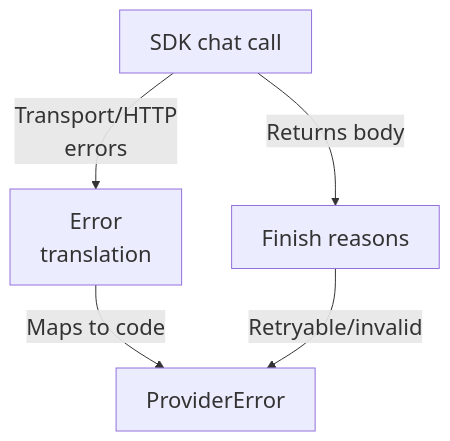
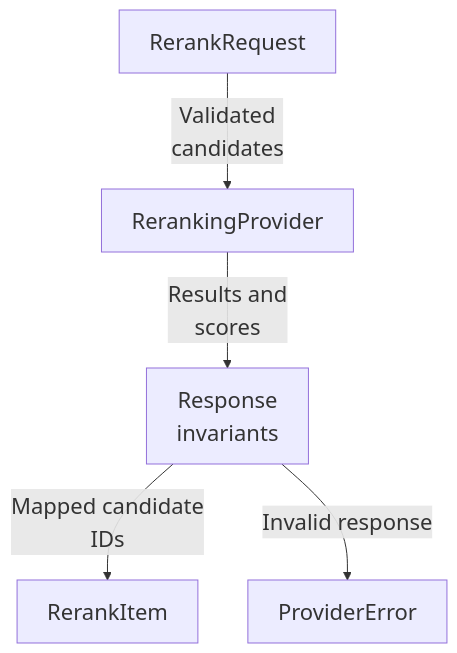
Before and after one commit to Justin-Mendoza/Afterclass: the fourth of 5 diagrams in maps/answers/README.md, drawn with Mermaid. The commit also changed other lines of this file and 83 other files, not shown here.

````diff
--- a/maps/answers/README.md
+++ b/maps/answers/README.md
@@ -153,12 +162,13 @@
 ```mermaid
 %%{init: {"themeVariables": {"fontSize": "22px"}}}%%
 flowchart TD
-  n0["SDK chat call"]
-  n1["Error<br/>translation"]
-  n2["Finish reasons"]
-  n3["ProviderError"]
-  n0 -->|"Transport/HTTP<br/>errors"| n1
-  n0 -->|"Returns body"| n2
-  n1 -->|"Maps to code"| n3
-  n2 -->|"Retryable/invalid"| n3
+  n0["RerankRequest"]
+  n1["RerankingProvider"]
+  n2["Response<br/>invariants"]
+  n3["RerankItem"]
+  n4["ProviderError"]
+  n0 -->|"Validated<br/>candidates"| n1
+  n1 -->|"Results and<br/>scores"| n2
+  n2 -->|"Mapped candidate<br/>IDs"| n3
+  n2 -->|"Invalid response"| n4
 ```
````
